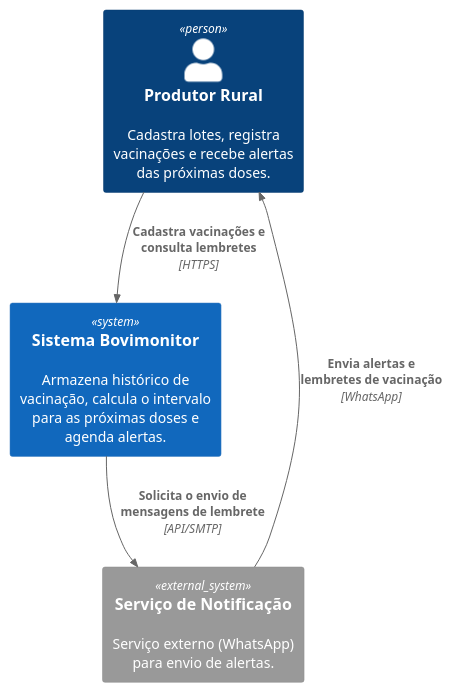
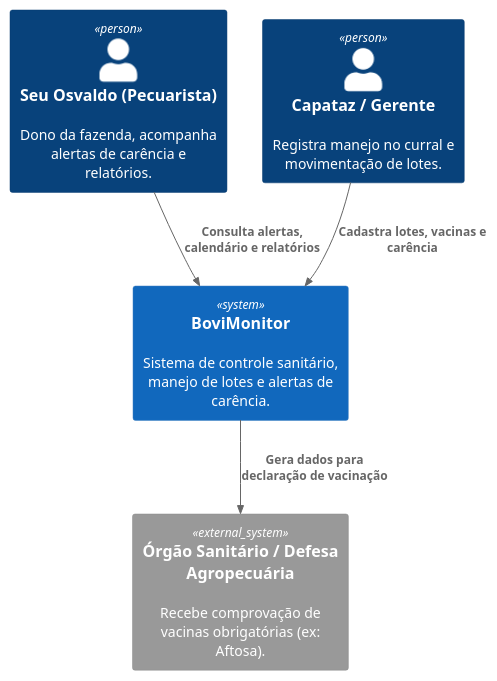
One commit to Jhonvts/project_bovimonitor changed the diagram in contexto.puml. Above: the diagram before and after it, drawn with PlantUML.

```diff
--- a/contexto.puml
+++ b/contexto.puml
@@ -1,11 +1,17 @@
-@startuml
+@startuml Contexto_BoviMonitor
 !include https://raw.githubusercontent.com/plantuml-stdlib/C4-PlantUML/master/C4_Context.puml
 
-Person(produtor, "Produtor Rural", "Cadastra lotes, registra vacinações e recebe alertas das próximas doses.")
-System(sistema, "Sistema Bovimonitor", "Armazena histórico de vacinação, calcula o intervalo para as próximas doses e agenda alertas.")
-System_Ext(notificacao, "Serviço de Notificação", "Serviço externo (WhatsApp) para envio de alertas.")
+Person(pecuarista, "Seu Osvaldo (Pecuarista)", "Dono da fazenda, acompanha alertas de carência e relatórios.")
+Person(capataz, "Capataz / Gerente", "Registra manejo no curral e movimentação de lotes.")
 
-Rel(produtor, sistema, "Cadastra vacinações e consulta lembretes", "HTTPS")
-Rel(sistema, notificacao, "Solicita o envio de mensagens de lembrete", "API/SMTP")
-Rel(notificacao, produtor, "Envia alertas e lembretes de vacinação", "WhatsApp")
+System(boviMonitor, "BoviMonitor", "Sistema de controle sanitário, manejo de lotes e alertas de carência.")
+
+System_Ext(orgaoFiscal, "Órgão Sanitário / Defesa Agropecuária", "Recebe comprovação de vacinas obrigatórias (ex: Aftosa).")
+
+
+Rel(pecuarista, boviMonitor, "Consulta alertas, calendário e relatórios")
+Rel(capataz, boviMonitor, "Cadastra lotes, vacinas e carência")
+Rel(boviMonitor, orgaoFiscal, "Gera dados para declaração de vacinação")
+
+
 @enduml
```
